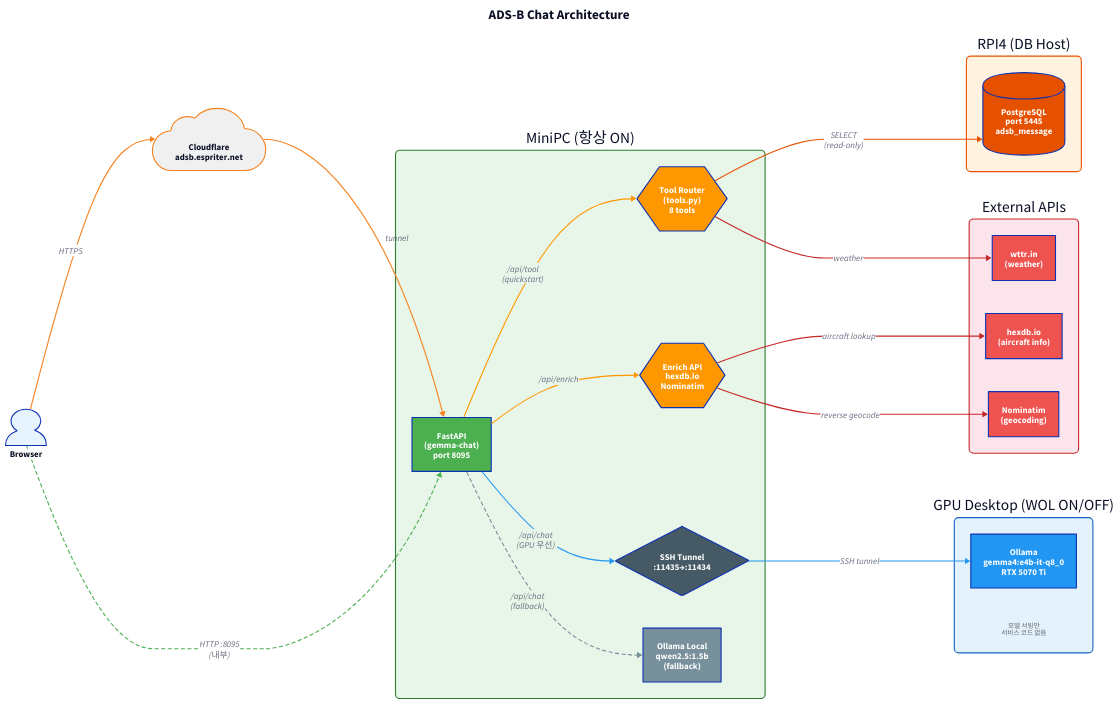
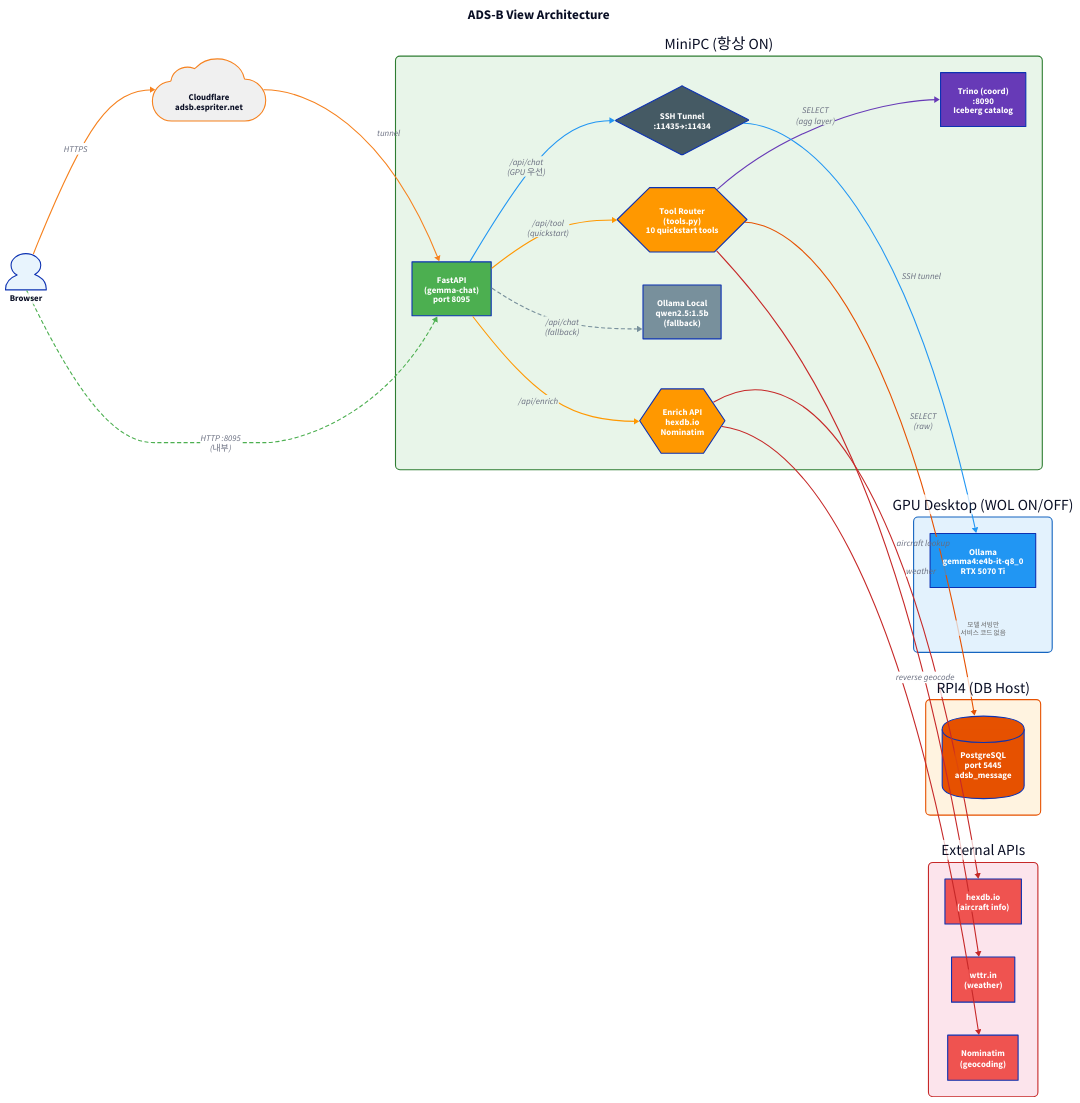
The diagram in docs/architecture.d2 (espriter/gemma-chat), drawn with D2 before and after one commit. The commit also changed 7 other files, not shown here.

First line of the commit message:
feat(ui): rename to ADS-B View and add aggregation-layer quickstart menus

```diff
--- a/docs/architecture.d2
+++ b/docs/architecture.d2
@@ -1,7 +1,7 @@
 direction: right
 
 title: {
-  label: ADS-B Chat Architecture
+  label: ADS-B View Architecture
   near: top-center
   shape: text
   style.font-size: 24
@@ -39,9 +39,16 @@
   }
 
   tools: {
-    label: "Tool Router\n(tools.py)\n8 tools"
+    label: "Tool Router\n(tools.py)\n10 quickstart tools"
     shape: hexagon
     style.fill: "#FF9800"
+    style.font-color: white
+  }
+
+  trino: {
+    label: "Trino (coord)\n:8090\nIceberg catalog"
+    shape: rectangle
+    style.fill: "#673AB7"
     style.font-color: white
   }
 
@@ -159,8 +166,12 @@
   style.stroke: "#FF9800"
 }
 
-minipc.tools -> rpi4.postgres: "SELECT\n(read-only)" {
+minipc.tools -> rpi4.postgres: "SELECT\n(raw)" {
   style.stroke: "#e65100"
+}
+
+minipc.tools -> minipc.trino: "SELECT\n(agg layer)" {
+  style.stroke: "#673AB7"
 }
 
 # Enrich flow
```
